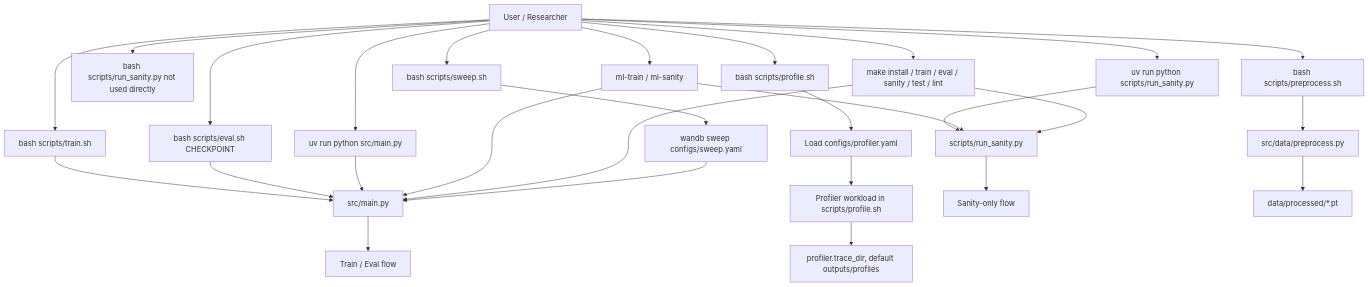
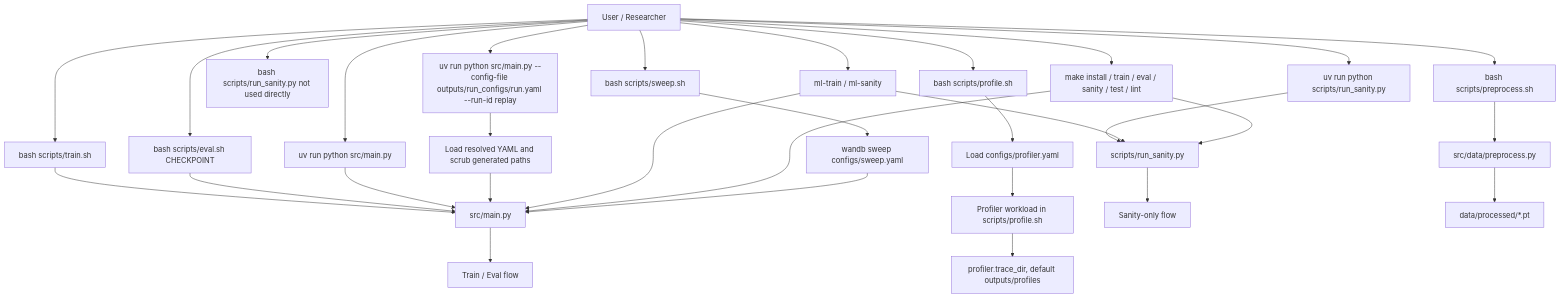
Before and after one commit to CodeName-Detective/Experimentarium: the first of 5 diagrams in Flowchart.md, drawn with Mermaid. The commit also changed other lines of this file and 7 other files, not shown here.

Commit message:
Added the ability to run directly form a generated config file

````diff
--- a/Flowchart.md
+++ b/Flowchart.md
@@ -7,36 +7,39 @@
 ```mermaid
 flowchart TD
     User[User / Researcher]
 
     User --> UVTrain[uv run python src/main.py]
+    User --> ReplayTrain[uv run python src/main.py --config-file outputs/run_configs/run.yaml --run-id replay]
     User --> UVSanity[uv run python scripts/run_sanity.py]
     User --> ShellTrain[bash scripts/train.sh]
     User --> ShellEval[bash scripts/eval.sh CHECKPOINT]
     User --> ShellSanity[bash scripts/run_sanity.py not used directly]
     User --> ShellPreprocess[bash scripts/preprocess.sh]
     User --> ShellProfile[bash scripts/profile.sh]
     User --> ShellSweep[bash scripts/sweep.sh]
     User --> MakeTargets["make install / train / eval / sanity / test / lint"]
     User --> ConsoleScripts[ml-train / ml-sanity]
 
     ShellTrain --> Main[src/main.py]
     ShellEval --> Main
     UVTrain --> Main
+    ReplayTrain --> ReplayConfig[Load resolved YAML and scrub generated paths]
+    ReplayConfig --> Main
     ConsoleScripts --> Main
     MakeTargets --> Main
 
     UVSanity --> SanityScript[scripts/run_sanity.py]
     ConsoleScripts --> SanityScript
     MakeTargets --> SanityScript
 
     ShellPreprocess --> Preprocess[src/data/preprocess.py]
     ShellProfile --> ProfileConfig[Load configs/profiler.yaml]
     ProfileConfig --> ProfileInline[Profiler workload in scripts/profile.sh]
     ShellSweep --> WandBSweep[wandb sweep configs/sweep.yaml]
 
     SanityScript --> SanityFlow[Sanity-only flow]
     Main --> MainFlow[Train / Eval flow]
     Preprocess --> TensorFiles[data/processed/*.pt]
     ProfileInline --> ProfileOutputs["profiler.trace_dir, default outputs/profiles"]
     WandBSweep --> Main
 ```
````
